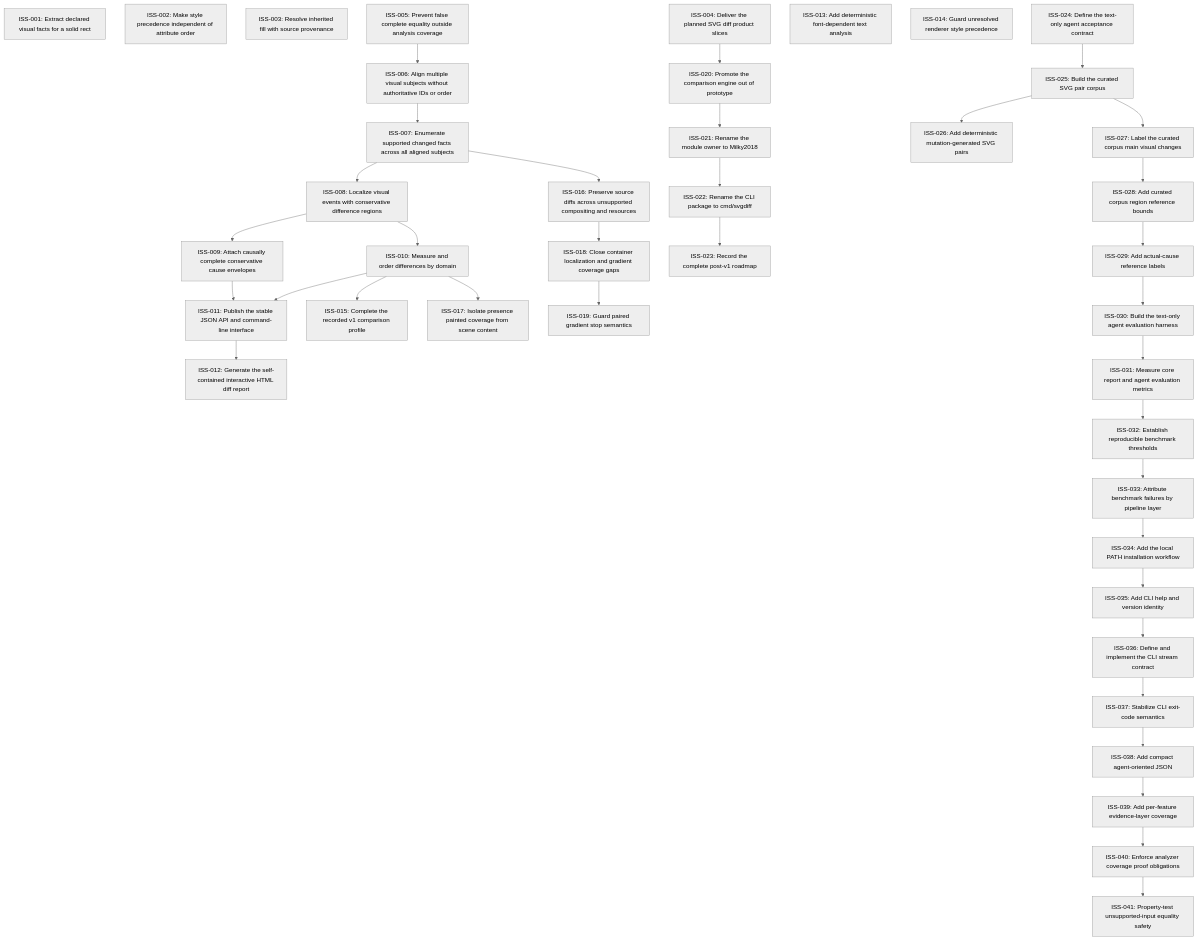
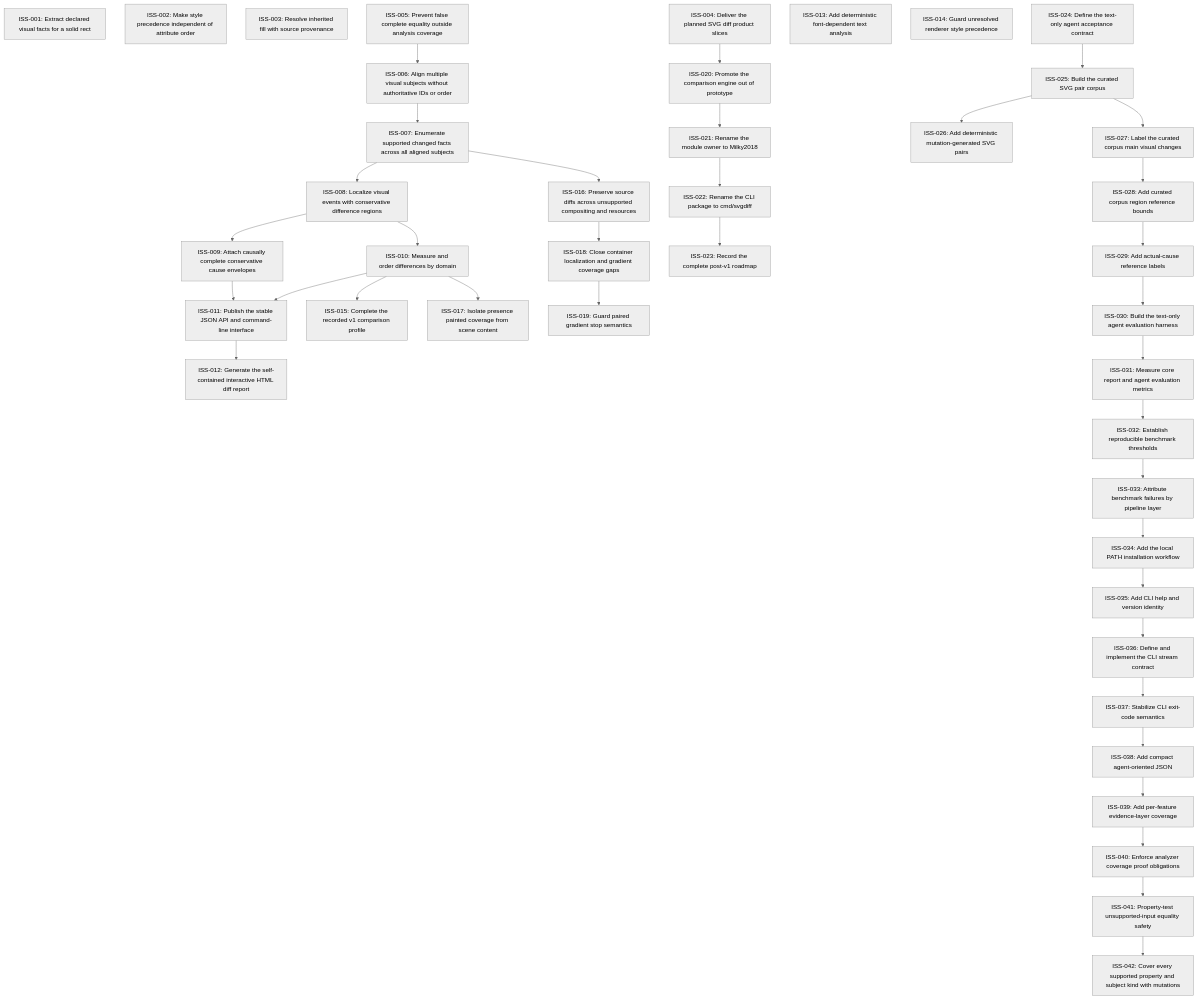
One commit to moonbit-community/svgdiff changed the diagram in issues/README.md. Above: the diagram before and after it, drawn with Mermaid (neutral theme). The commit also changed 8 other files, not shown here.

Commit message:
Cover supported mutation surface

````diff
--- a/issues/README.md
+++ b/issues/README.md
@@ -18,78 +18,80 @@
 ```mermaid
 graph TD
   ISS_001["ISS-001: Extract declared visual facts for a solid rect"]
   ISS_002["ISS-002: Make style precedence independent of attribute order"]
   ISS_003["ISS-003: Resolve inherited fill with source provenance"]
   ISS_004["ISS-004: Deliver the planned SVG diff product slices"]
   ISS_005["ISS-005: Prevent false complete equality outside analysis coverage"]
   ISS_006["ISS-006: Align multiple visual subjects without authoritative IDs or order"]
   ISS_007["ISS-007: Enumerate supported changed facts across all aligned subjects"]
   ISS_008["ISS-008: Localize visual events with conservative difference regions"]
   ISS_009["ISS-009: Attach causally complete conservative cause envelopes"]
   ISS_010["ISS-010: Measure and order differences by domain"]
   ISS_011["ISS-011: Publish the stable JSON API and command-line interface"]
   ISS_012["ISS-012: Generate the self-contained interactive HTML diff report"]
   ISS_013["ISS-013: Add deterministic font-dependent text analysis"]
   ISS_014["ISS-014: Guard unresolved renderer style precedence"]
   ISS_015["ISS-015: Complete the recorded v1 comparison profile"]
   ISS_016["ISS-016: Preserve source diffs across unsupported compositing and resources"]
   ISS_017["ISS-017: Isolate presence painted coverage from scene content"]
   ISS_018["ISS-018: Close container localization and gradient coverage gaps"]
   ISS_019["ISS-019: Guard paired gradient stop semantics"]
   ISS_020["ISS-020: Promote the comparison engine out of prototype"]
   ISS_021["ISS-021: Rename the module owner to Milky2018"]
   ISS_022["ISS-022: Rename the CLI package to cmd/svgdiff"]
   ISS_023["ISS-023: Record the complete post-v1 roadmap"]
   ISS_024["ISS-024: Define the text-only agent acceptance contract"]
   ISS_025["ISS-025: Build the curated SVG pair corpus"]
   ISS_026["ISS-026: Add deterministic mutation-generated SVG pairs"]
   ISS_027["ISS-027: Label the curated corpus main visual changes"]
   ISS_028["ISS-028: Add curated corpus region reference bounds"]
   ISS_029["ISS-029: Add actual-cause reference labels"]
   ISS_030["ISS-030: Build the text-only agent evaluation harness"]
   ISS_031["ISS-031: Measure core report and agent evaluation metrics"]
   ISS_032["ISS-032: Establish reproducible benchmark thresholds"]
   ISS_033["ISS-033: Attribute benchmark failures by pipeline layer"]
   ISS_034["ISS-034: Add the local PATH installation workflow"]
   ISS_035["ISS-035: Add CLI help and version identity"]
   ISS_036["ISS-036: Define and implement the CLI stream contract"]
   ISS_037["ISS-037: Stabilize CLI exit-code semantics"]
   ISS_038["ISS-038: Add compact agent-oriented JSON"]
   ISS_039["ISS-039: Add per-feature evidence-layer coverage"]
   ISS_040["ISS-040: Enforce analyzer coverage proof obligations"]
   ISS_041["ISS-041: Property-test unsupported-input equality safety"]
+  ISS_042["ISS-042: Cover every supported property and subject kind with mutations"]
   ISS_005 --> ISS_006
   ISS_006 --> ISS_007
   ISS_007 --> ISS_008
   ISS_008 --> ISS_009
   ISS_008 --> ISS_010
   ISS_009 --> ISS_011
   ISS_010 --> ISS_011
   ISS_011 --> ISS_012
   ISS_010 --> ISS_015
   ISS_007 --> ISS_016
   ISS_010 --> ISS_017
   ISS_016 --> ISS_018
   ISS_018 --> ISS_019
   ISS_004 --> ISS_020
   ISS_020 --> ISS_021
   ISS_021 --> ISS_022
   ISS_022 --> ISS_023
   ISS_024 --> ISS_025
   ISS_025 --> ISS_026
   ISS_025 --> ISS_027
   ISS_027 --> ISS_028
   ISS_028 --> ISS_029
   ISS_029 --> ISS_030
   ISS_030 --> ISS_031
   ISS_031 --> ISS_032
   ISS_032 --> ISS_033
   ISS_033 --> ISS_034
   ISS_034 --> ISS_035
   ISS_035 --> ISS_036
   ISS_036 --> ISS_037
   ISS_037 --> ISS_038
   ISS_038 --> ISS_039
   ISS_039 --> ISS_040
   ISS_040 --> ISS_041
+  ISS_041 --> ISS_042
 ```
````
